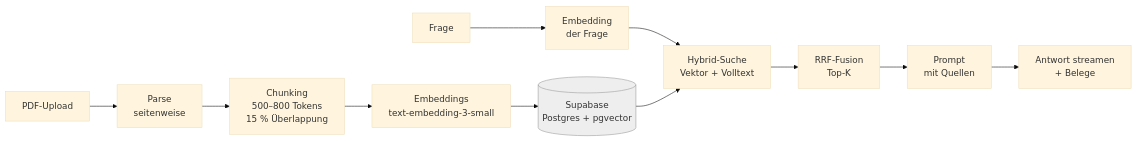
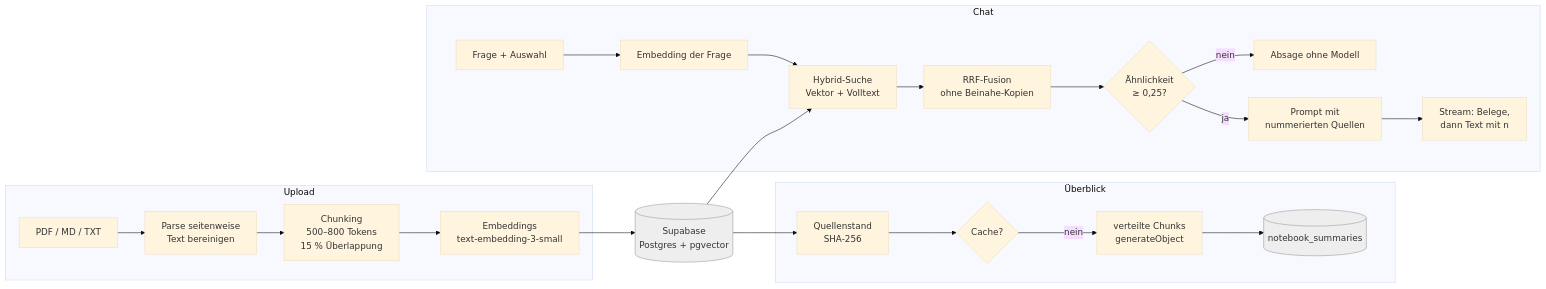
The diagram in README.md (leorifa93/notebook), drawn with Mermaid (base theme) before and after one commit. The commit also changed other lines of this file and 2 other files, not shown here.

````diff
--- a/README.md
+++ b/README.md
@@ -26,16 +30,30 @@
 ```mermaid
 flowchart LR
-  A[PDF-Upload] --> B[Parse<br/>seitenweise]
-  B --> C[Chunking<br/>500–800 Tokens<br/>15 % Überlappung]
-  C --> D[Embeddings<br/>text-embedding-3-small]
+  subgraph Upload
+    A[PDF / MD / TXT] --> B[Parse seitenweise<br/>Text bereinigen]
+    B --> C[Chunking<br/>500–800 Tokens<br/>15 % Überlappung]
+    C --> D[Embeddings<br/>text-embedding-3-small]
+  end
   D --> E[(Supabase<br/>Postgres + pgvector)]
 
-  F[Frage] --> G[Embedding<br/>der Frage]
-  G --> H[Hybrid-Suche<br/>Vektor + Volltext]
+  subgraph Chat
+    F[Frage + Auswahl] --> G[Embedding der Frage]
+    G --> H[Hybrid-Suche<br/>Vektor + Volltext]
+    H --> I[RRF-Fusion<br/>ohne Beinahe-Kopien]
+    I --> R{Ähnlichkeit<br/>≥ 0,25?}
+    R -- nein --> X[Absage ohne Modell]
+    R -- ja --> J[Prompt mit<br/>nummerierten Quellen]
+    J --> K[Stream: Belege,<br/>dann Text mit n]
+  end
   E --> H
-  H --> I[RRF-Fusion<br/>Top-K]
-  I --> J[Prompt<br/>mit Quellen]
-  J --> K[Antwort streamen<br/>+ Belege]
+
+  subgraph Überblick
+    S[Quellenstand<br/>SHA-256] --> T{Cache?}
+    T -- nein --> U[verteilte Chunks<br/>generateObject]
+    U --> V[(notebook_summaries)]
+  end
+  E --> S
 
   style E fill:#eee,stroke:#999
+  style V fill:#eee,stroke:#999
 ```
````
